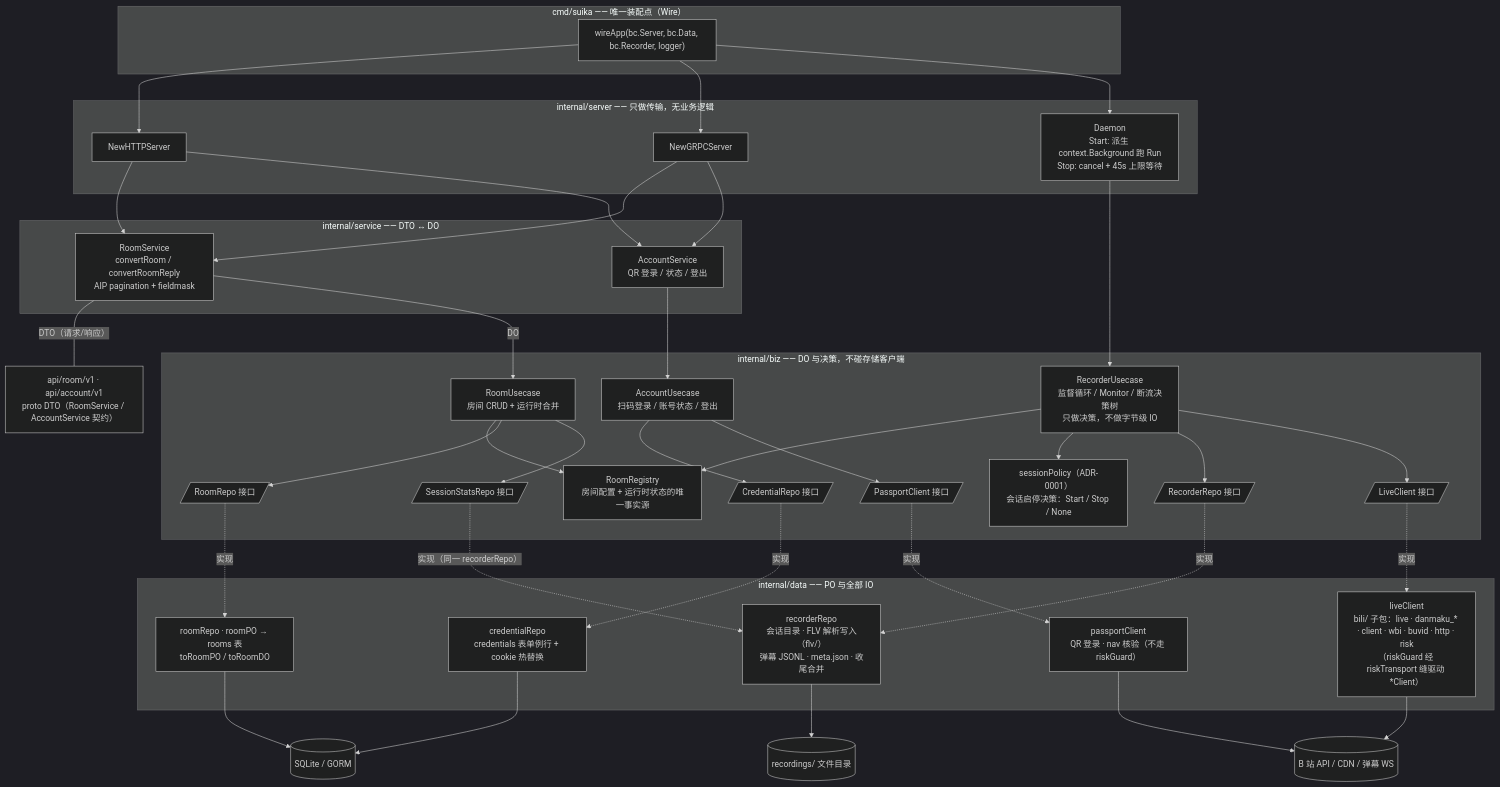
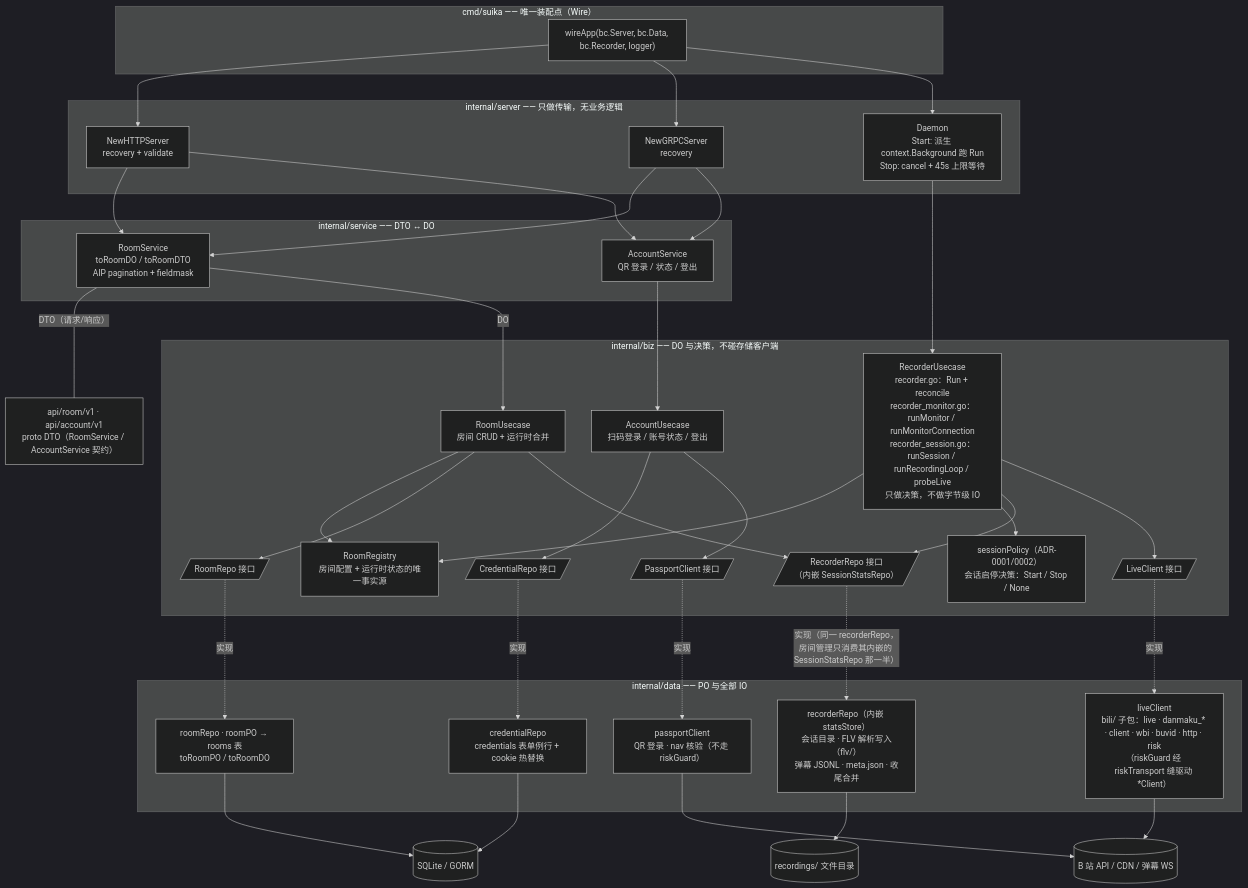
One commit to xgbt/suika changed the second of 10 diagrams in docs/design/architecture-diagrams.md. Above: the diagram before and after it, drawn with Mermaid (dark theme). The commit also changed other lines of this file and 4 other files, not shown here.

````diff
--- a/docs/design/architecture-diagrams.md
+++ b/docs/design/architecture-diagrams.md
@@ -72,65 +72,63 @@
 ```mermaid
 flowchart TB
     subgraph CMD["cmd/suika —— 唯一装配点（Wire）"]
         WIRE["wireApp(bc.Server, bc.Data, bc.Recorder, logger)"]
     end
 
     subgraph SERVER["internal/server —— 只做传输，无业务逻辑"]
-        SHTTP["NewHTTPServer"]
-        SGRPC["NewGRPCServer"]
+        SHTTP["NewHTTPServer<br/>recovery + validate"]
+        SGRPC["NewGRPCServer<br/>recovery"]
         SDMN["Daemon<br/>Start: 派生 context.Background 跑 Run<br/>Stop: cancel + 45s 上限等待"]
     end
 
     subgraph SERVICE["internal/service —— DTO ↔ DO"]
-        RS["RoomService<br/>convertRoom / convertRoomReply<br/>AIP pagination + fieldmask"]
+        RS["RoomService<br/>toRoomDO / toRoomDTO<br/>AIP pagination + fieldmask"]
         AS["AccountService<br/>QR 登录 / 状态 / 登出"]
     end
 
     subgraph BIZ["internal/biz —— DO 与决策，不碰存储客户端"]
         RU["RoomUsecase<br/>房间 CRUD + 运行时合并"]
         AU["AccountUsecase<br/>扫码登录 / 账号状态 / 登出"]
-        RECU["RecorderUsecase<br/>监督循环 / Monitor / 断流决策树<br/>只做决策，不做字节级 IO"]
+        RECU["RecorderUsecase<br/>recorder.go：Run + reconcile<br/>recorder_monitor.go：runMonitor / runMonitorConnection<br/>recorder_session.go：runSession / runRecordingLoop / probeLive<br/>只做决策，不做字节级 IO"]
         REG["RoomRegistry<br/>房间配置 + 运行时状态的唯一事实源"]
-        POL["sessionPolicy（ADR-0001）<br/>会话启停决策：Start / Stop / None"]
+        POL["sessionPolicy（ADR-0001/0002）<br/>会话启停决策：Start / Stop / None"]
         IF1[/"RoomRepo 接口"/]
-        IF2[/"RecorderRepo 接口"/]
+        IF2[/"RecorderRepo 接口<br/>（内嵌 SessionStatsRepo）"/]
         IF3[/"LiveClient 接口"/]
-        IF4[/"SessionStatsRepo 接口"/]
-        IF5[/"CredentialRepo 接口"/]
-        IF6[/"PassportClient 接口"/]
+        IF4[/"CredentialRepo 接口"/]
+        IF5[/"PassportClient 接口"/]
     end
 
     subgraph DATA["internal/data —— PO 与全部 IO"]
         RR["roomRepo · roomPO → rooms 表<br/>toRoomPO / toRoomDO"]
-        RREPO["recorderRepo<br/>会话目录 · FLV 解析写入（flv/）<br/>弹幕 JSONL · meta.json · 收尾合并"]
+        RREPO["recorderRepo（内嵌 statsStore）<br/>会话目录 · FLV 解析写入（flv/）<br/>弹幕 JSONL · meta.json · 收尾合并"]
         LC["liveClient<br/>bili/ 子包：live · danmaku_* · client · wbi · buvid · http · risk<br/>（riskGuard 经 riskTransport 缝驱动 *Client）"]
         CR["credentialRepo<br/>credentials 表单例行 + cookie 热替换"]
         PC["passportClient<br/>QR 登录 · nav 核验（不走 riskGuard）"]
     end
 
     DTO["api/room/v1 · api/account/v1<br/>proto DTO（RoomService / AccountService 契约）"]
 
     WIRE --> SHTTP & SGRPC & SDMN
     SHTTP & SGRPC --> RS & AS
     RS -- "DTO（请求/响应）" --- DTO
     RS -- "DO" --> RU
     AS --> AU
     SDMN --> RECU
     RU --> REG
     RECU --> REG
     RECU --> POL
-    RU --> IF1 & IF4
+    RU --> IF1 & IF2
     RECU --> IF2 & IF3
-    AU --> IF5 & IF6
+    AU --> IF4 & IF5
     IF1 -. 实现 .-> RR
-    IF4 -. 实现（同一 recorderRepo） .-> RREPO
-    IF2 -. 实现 .-> RREPO
+    IF2 -. 实现（同一 recorderRepo，<br/>房间管理只消费其内嵌的 SessionStatsRepo 那一半） .-> RREPO
     IF3 -. 实现 .-> LC
-    IF5 -. 实现 .-> CR
-    IF6 -. 实现 .-> PC
+    IF4 -. 实现 .-> CR
+    IF5 -. 实现 .-> PC
     RR --> SQLITE[("SQLite / GORM")]
     CR --> SQLITE
     RREPO --> FS[("recordings/ 文件目录")]
     LC --> BILI[("B 站 API / CDN / 弹幕 WS")]
     PC --> BILI
 ```
````
